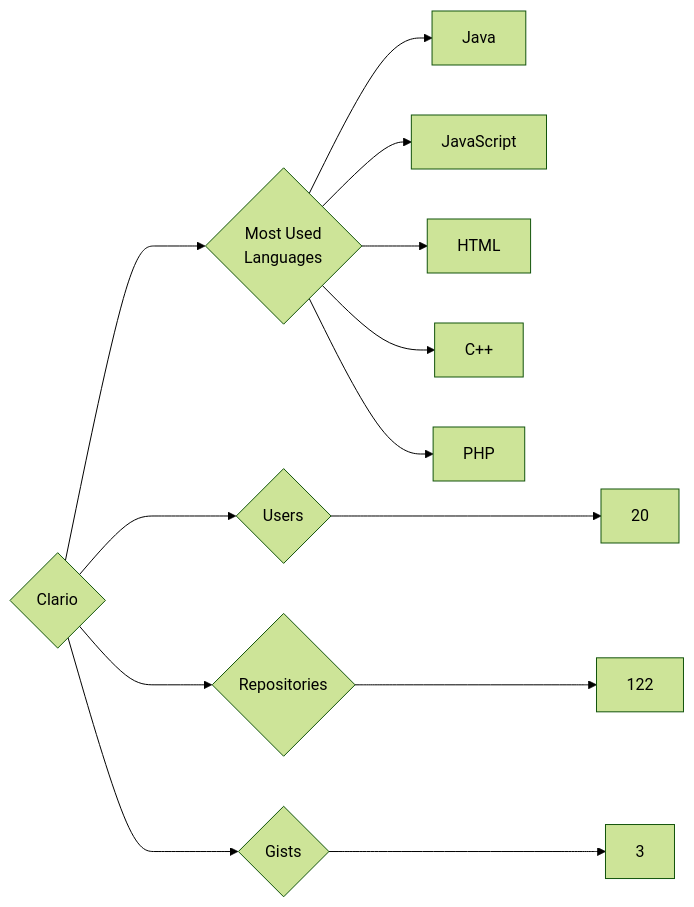
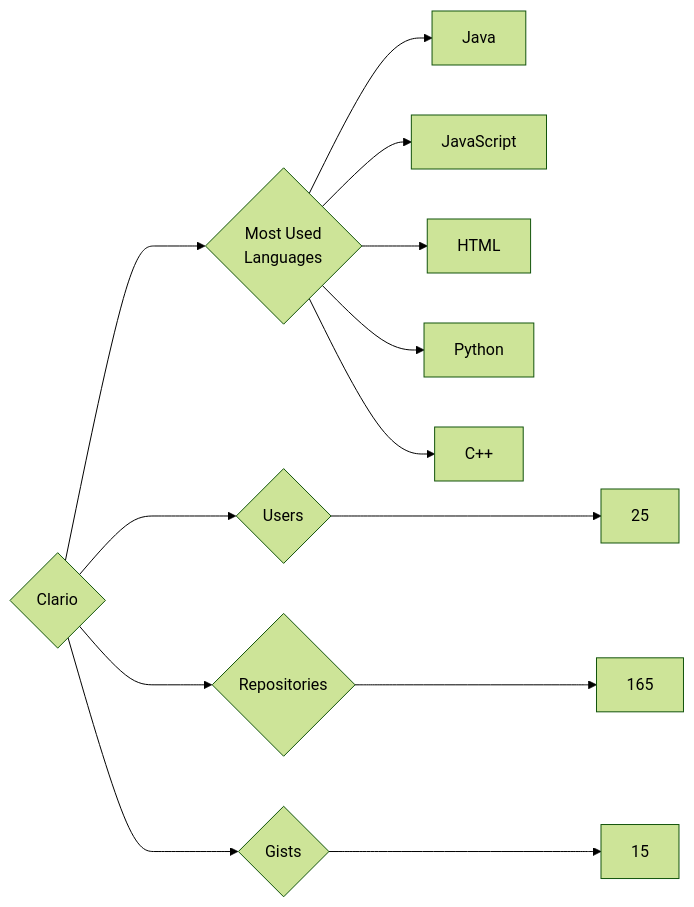
The diagram in targets/Clario/README.md (trickest/insiders), drawn with Mermaid (forest theme) before and after one commit. The commit also changed 639 other files, not shown here.

````diff
--- a/targets/Clario/README.md
+++ b/targets/Clario/README.md
@@ -3,13 +3,13 @@
 ```mermaid
 graph LR
 COMPANY_NAME{Clario}
-COMPANY_NAME ---> U{Users} ---> UN[20]
-COMPANY_NAME ---> R{Repositories} ---> RN[122]
-COMPANY_NAME ---> G{Gists} ---> GN[3]
+COMPANY_NAME ---> U{Users} ---> UN[25]
+COMPANY_NAME ---> R{Repositories} ---> RN[165]
+COMPANY_NAME ---> G{Gists} ---> GN[15]
 COMPANY_NAME ---> ML{Most Used<br>Languages}
 ML --> Java[Java]
 ML --> JavaScript[JavaScript]
 ML --> HTML[HTML]
+ML --> Python[Python]
 ML --> C++[C++]
-ML --> PHP[PHP]
 ```
````
